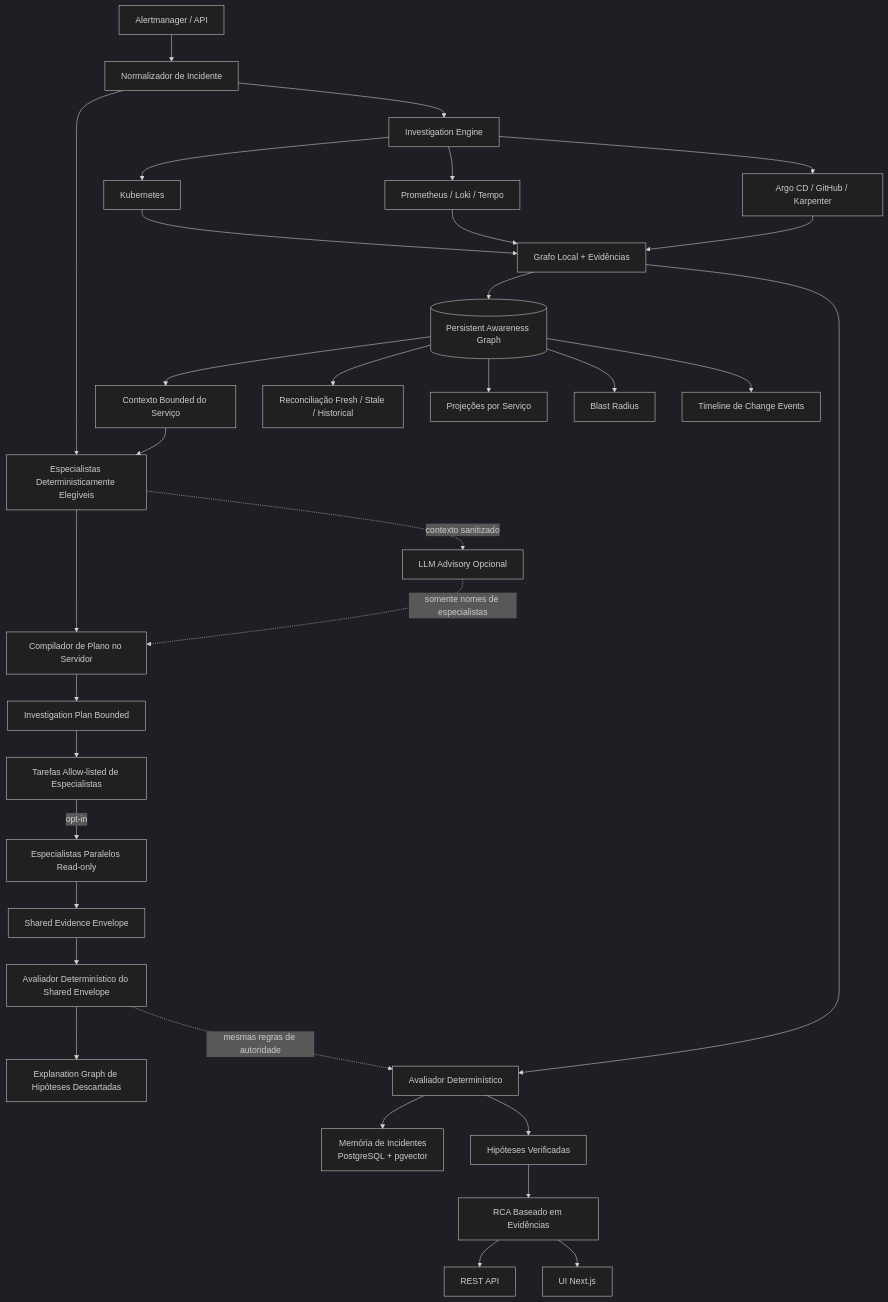
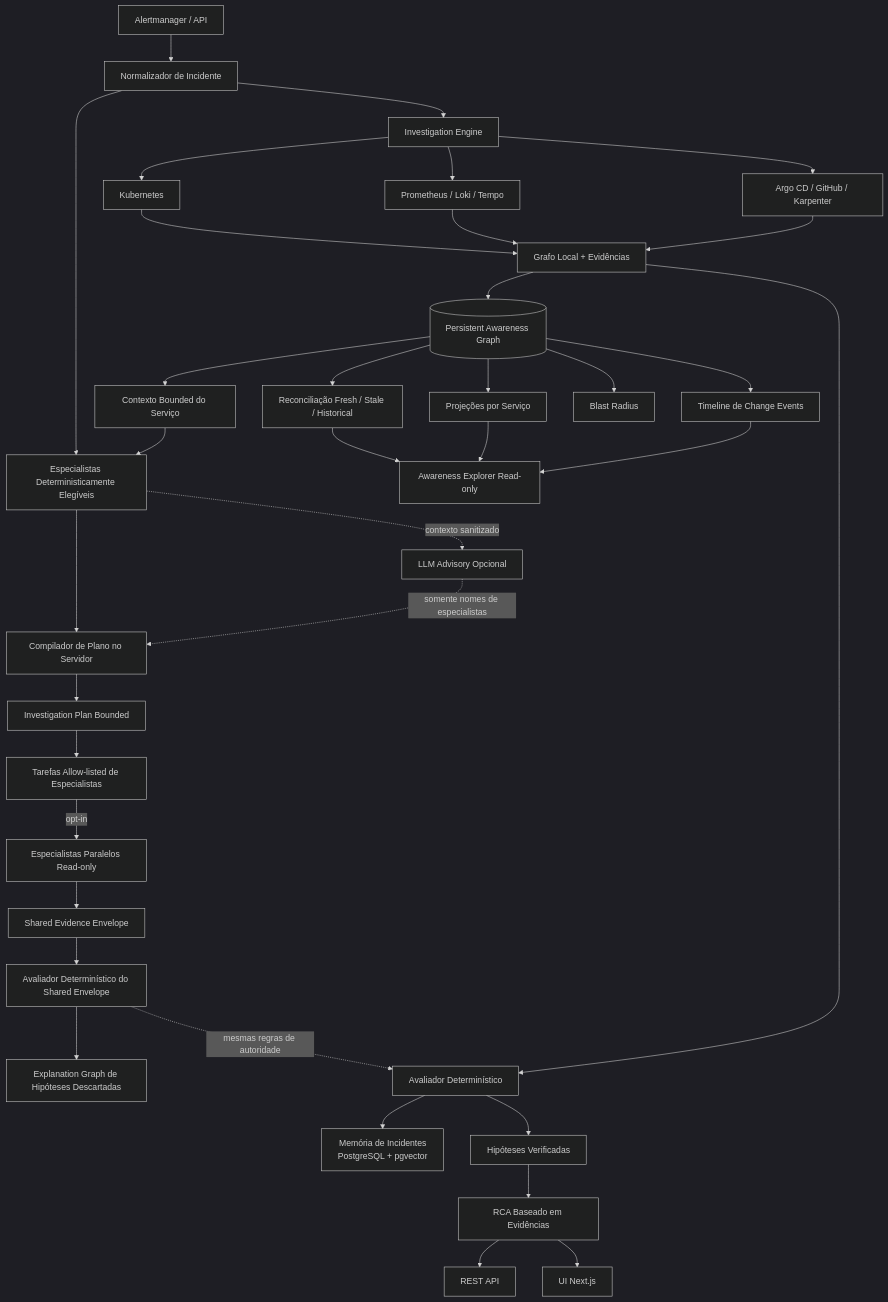
One commit to marcocristofolini/ai-sre-rca changed the first of 7 diagrams in README_PT-BR.md. Above: the diagram before and after it, drawn with Mermaid (dark theme). The commit also changed other lines of this file, not shown here.

Commit message:
docs: expõe Awareness Explorer no README pt-br

````diff
--- a/README_PT-BR.md
+++ b/README_PT-BR.md
@@ -123,39 +123,42 @@
 ```mermaid
 flowchart TD
     A[Alertmanager / API] --> N[Normalizador de Incidente]
     N --> EL[Especialistas Deterministicamente Elegíveis]
     N --> E[Investigation Engine]
 
     G[(Persistent Awareness Graph)] --> C[Contexto Bounded do Serviço]
     C --> EL
     EL --> PC[Compilador de Plano no Servidor]
     EL -. contexto sanitizado .-> ADV[LLM Advisory Opcional]
     ADV -. somente nomes de especialistas .-> PC
     PC --> P[Investigation Plan Bounded]
     P --> T[Tarefas Allow-listed de Especialistas]
     T -->|opt-in| X[Especialistas Paralelos Read-only]
     X --> SE[Shared Evidence Envelope]
     SE --> V[Avaliador Determinístico do Shared Envelope]
     V --> EG[Explanation Graph de Hipóteses Descartadas]
 
     E --> K[Kubernetes]
     E --> O[Prometheus / Loki / Tempo]
     E --> CH[Argo CD / GitHub / Karpenter]
     K --> L[Grafo Local + Evidências]
     O --> L
     CH --> L
 
     L --> G
     G --> R[Reconciliação Fresh / Stale / Historical]
     G --> S[Projeções por Serviço]
     G --> B[Blast Radius]
     G --> CE[Timeline de Change Events]
+    R --> AUI[Awareness Explorer Read-only]
+    S --> AUI
+    CE --> AUI
 
     L --> D[Avaliador Determinístico]
     V -. mesmas regras de autoridade .-> D
     D --> M[Memória de Incidentes<br/>PostgreSQL + pgvector]
     D --> H[Hipóteses Verificadas]
     H --> RCA[RCA Baseado em Evidências]
     RCA --> API[REST API]
     RCA --> UI[UI Next.js]
 ```
````
